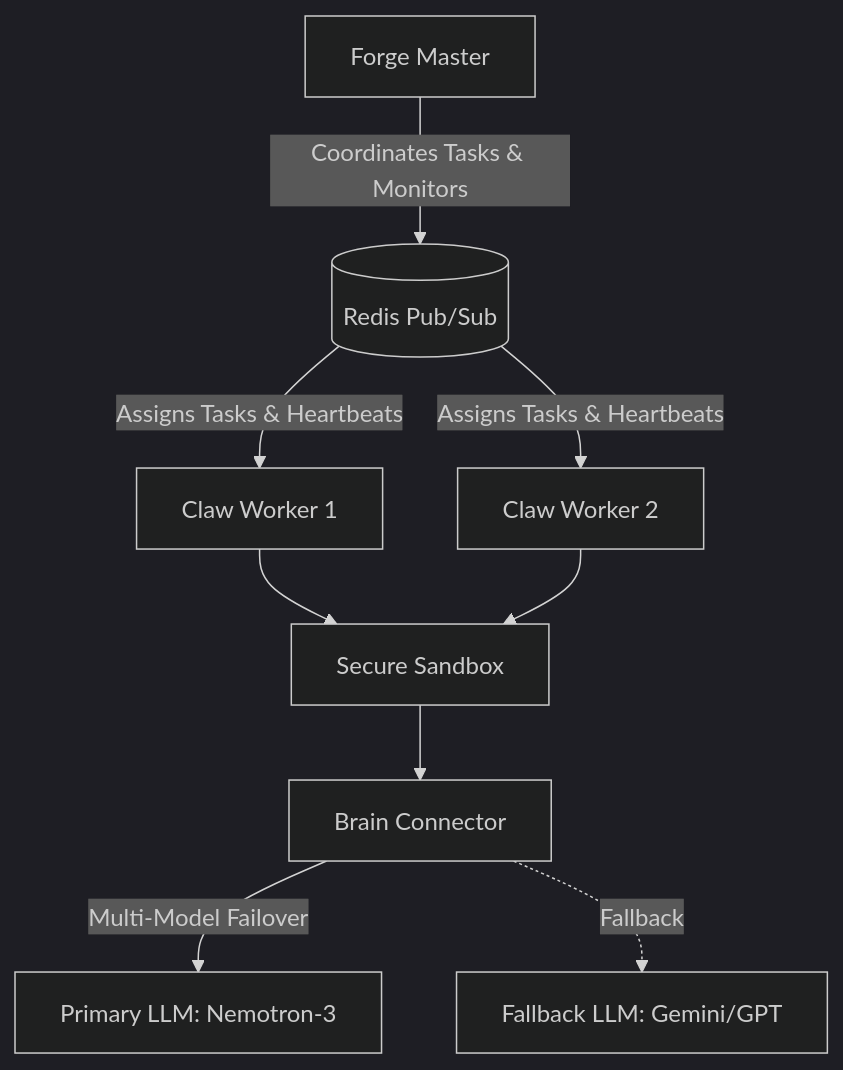
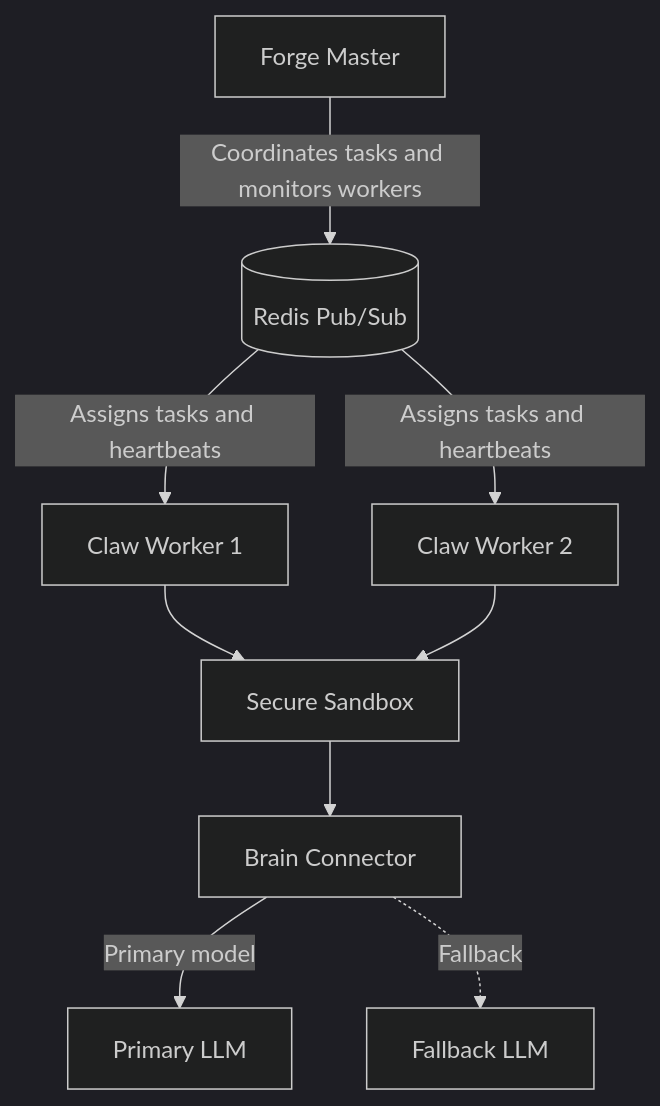
The diagram in README.md (Gengetau/NemoClaw-Forge), drawn with Mermaid (dark theme) before and after one commit. The commit also changed other lines of this file and 3039 other files, not shown here.

````diff
--- a/README.md
+++ b/README.md
@@ -7,20 +15,20 @@
 ```mermaid
 graph TD
     Forge[Forge Master]
     RedisPubSub[(Redis Pub/Sub)]
     Claw1[Claw Worker 1]
     Claw2[Claw Worker 2]
     Brain[Brain Connector]
     Sandbox[Secure Sandbox]
-    
-    Forge -- Coordinates Tasks & Monitors --> RedisPubSub
-    RedisPubSub -- Assigns Tasks & Heartbeats --> Claw1
-    RedisPubSub -- Assigns Tasks & Heartbeats --> Claw2
-    
+
+    Forge -- Coordinates tasks and monitors workers --> RedisPubSub
+    RedisPubSub -- Assigns tasks and heartbeats --> Claw1
+    RedisPubSub -- Assigns tasks and heartbeats --> Claw2
+
     Claw1 --> Sandbox
     Claw2 --> Sandbox
-    
+
     Sandbox --> Brain
-    Brain -- Multi-Model Failover --> LLM_Primary[Primary LLM: Nemotron-3]
-    Brain -. Fallback .-> LLM_Fallback[Fallback LLM: Gemini/GPT]
+    Brain -- Primary model --> LLM_Primary[Primary LLM]
+    Brain -. Fallback .-> LLM_Fallback[Fallback LLM]
 ```
````
